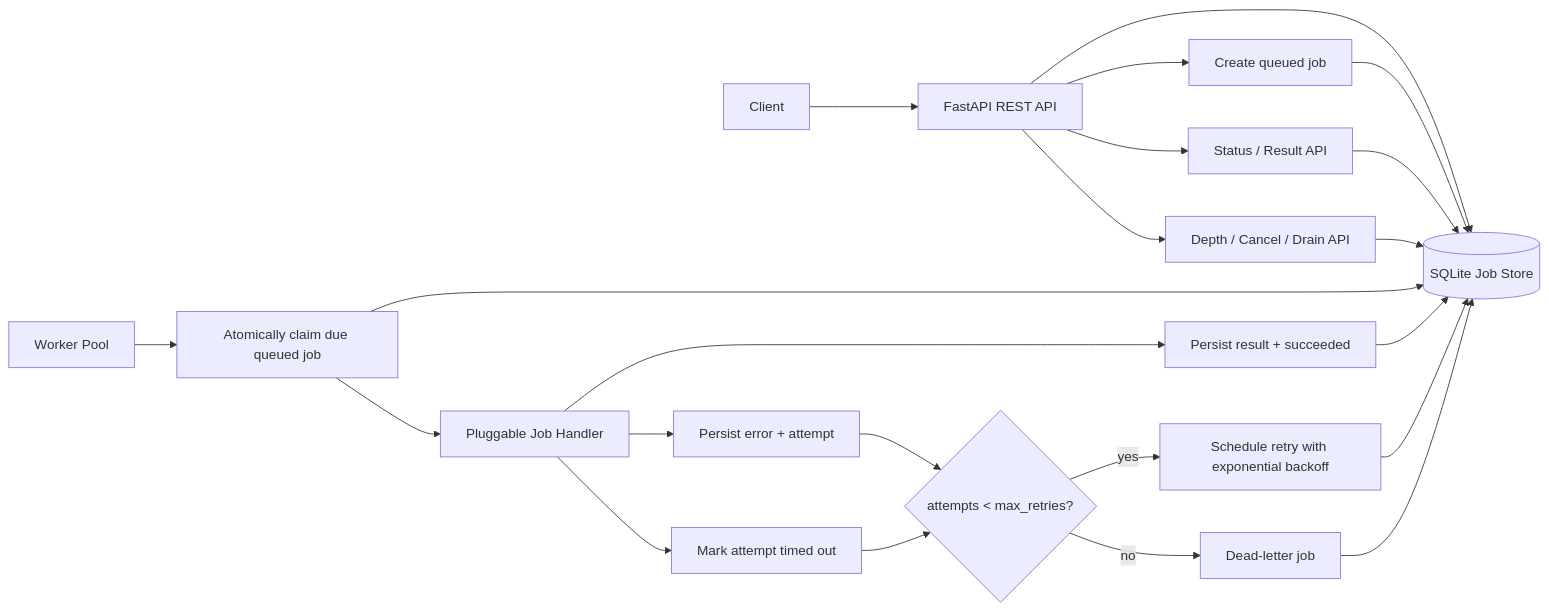
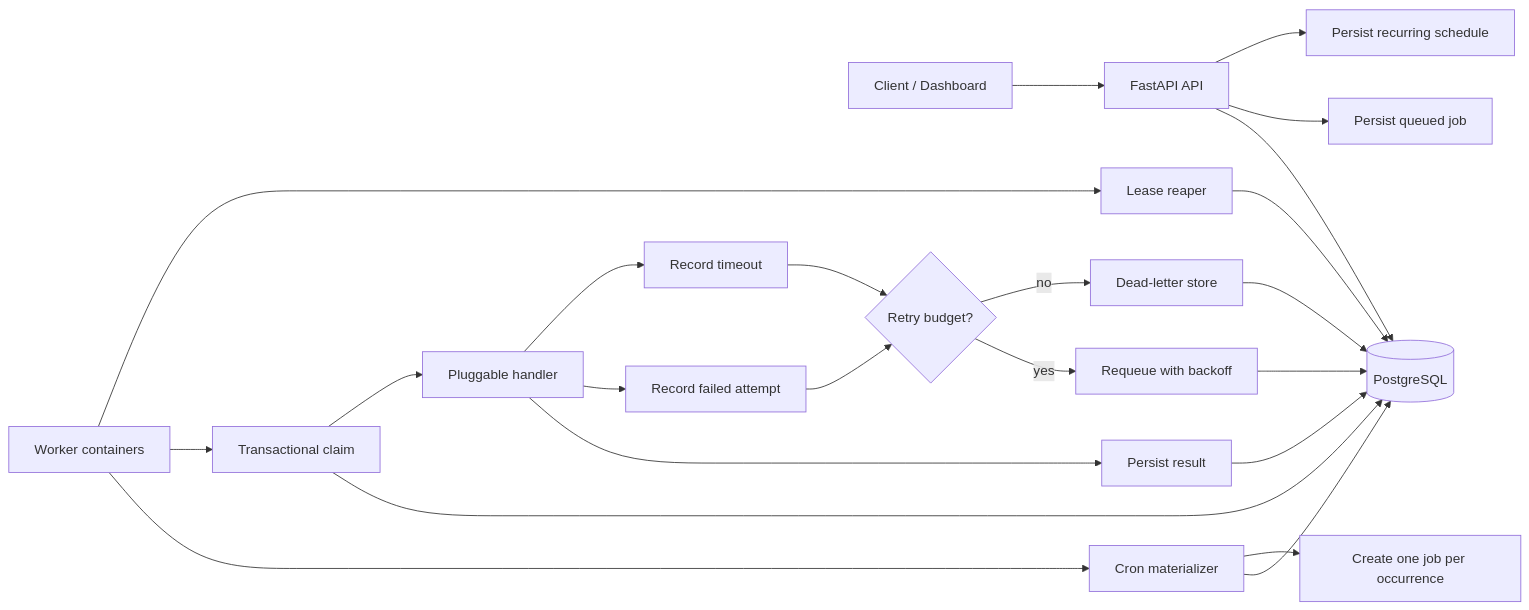
The diagram in docs/one-pager-design.md (MarcHe124/digitalocean), drawn with Mermaid before and after one commit. The commit also changed other lines of this file and 18 other files, not shown here.

Commit message:
Add recurring job scheduling and platform docs

````diff
--- a/docs/one-pager-design.md
+++ b/docs/one-pager-design.md
@@ -37,27 +11,28 @@
 ```mermaid
 flowchart LR
-    Client[Client] --> API[FastAPI REST API]
-    API --> Store[(SQLite Job Store)]
-    API --> Submit[Create queued job]
-    Submit --> Store
+    Client["Client / Dashboard"] --> API["FastAPI API"]
+    API --> DB[("PostgreSQL")]
+    API --> Submit["Persist queued job"]
+    API --> Schedule["Persist recurring schedule"]
 
-    WorkerPool[Worker Pool] --> Claim[Atomically claim due queued job]
-    Claim --> Store
-    Claim --> Handler[Pluggable Job Handler]
-    Handler --> Success[Persist result + succeeded]
-    Handler --> Failure[Persist error + attempt]
-    Handler --> Timeout[Mark attempt timed out]
+    Worker["Worker containers"] --> Materializer["Cron materializer"]
+    Materializer --> DB
+    Materializer --> Occurrence["Create one job per occurrence"]
 
-    Failure --> Retry{attempts < max_retries?}
+    Worker --> Claim["Transactional claim"]
+    Claim --> DB
+    Claim --> Handler["Pluggable handler"]
+    Handler --> Success["Persist result"]
+    Handler --> Failure["Record failed attempt"]
+    Handler --> Timeout["Record timeout"]
+    Failure --> Retry{"Retry budget?"}
     Timeout --> Retry
-    Retry -->|yes| Backoff[Schedule retry with exponential backoff]
-    Backoff --> Store
-    Retry -->|no| DLQ[Dead-letter job]
-    DLQ --> Store
-    Success --> Store
+    Retry -->|yes| Backoff["Requeue with backoff"]
+    Retry -->|no| DLQ["Dead-letter store"]
+    Backoff --> DB
+    DLQ --> DB
+    Success --> DB
 
-    API --> Status[Status / Result API]
-    Status --> Store
-    API --> Ops[Depth / Cancel / Drain API]
-    Ops --> Store
+    Worker --> Reaper["Lease reaper"]
+    Reaper --> DB
 ```
````
